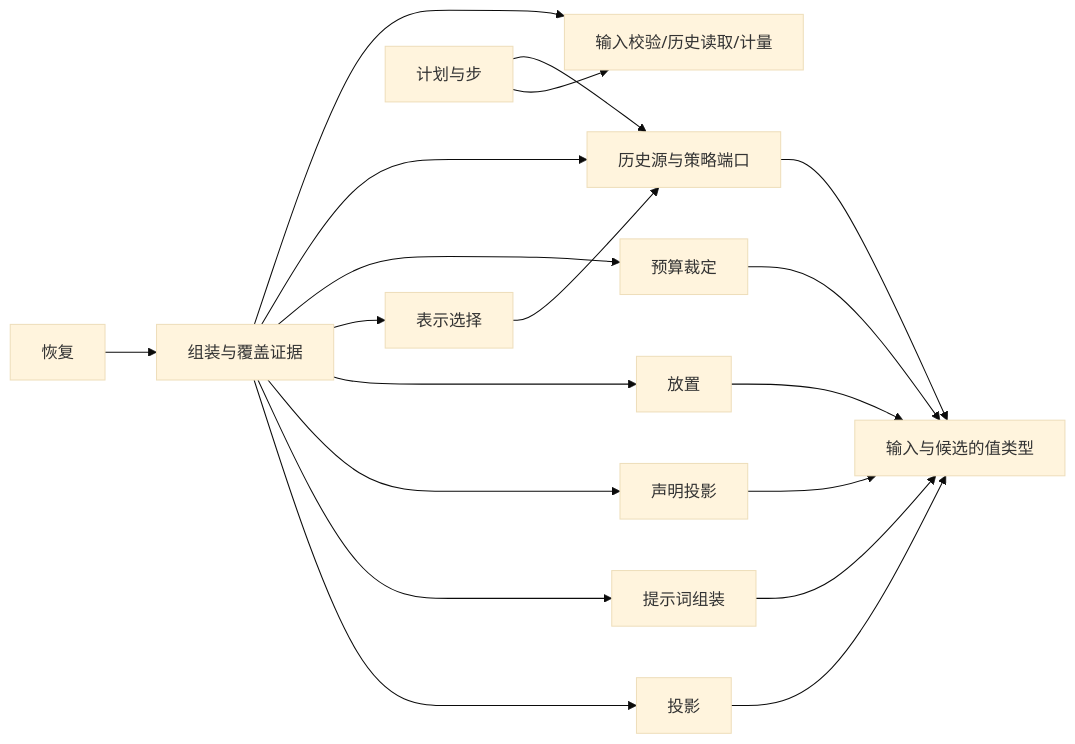
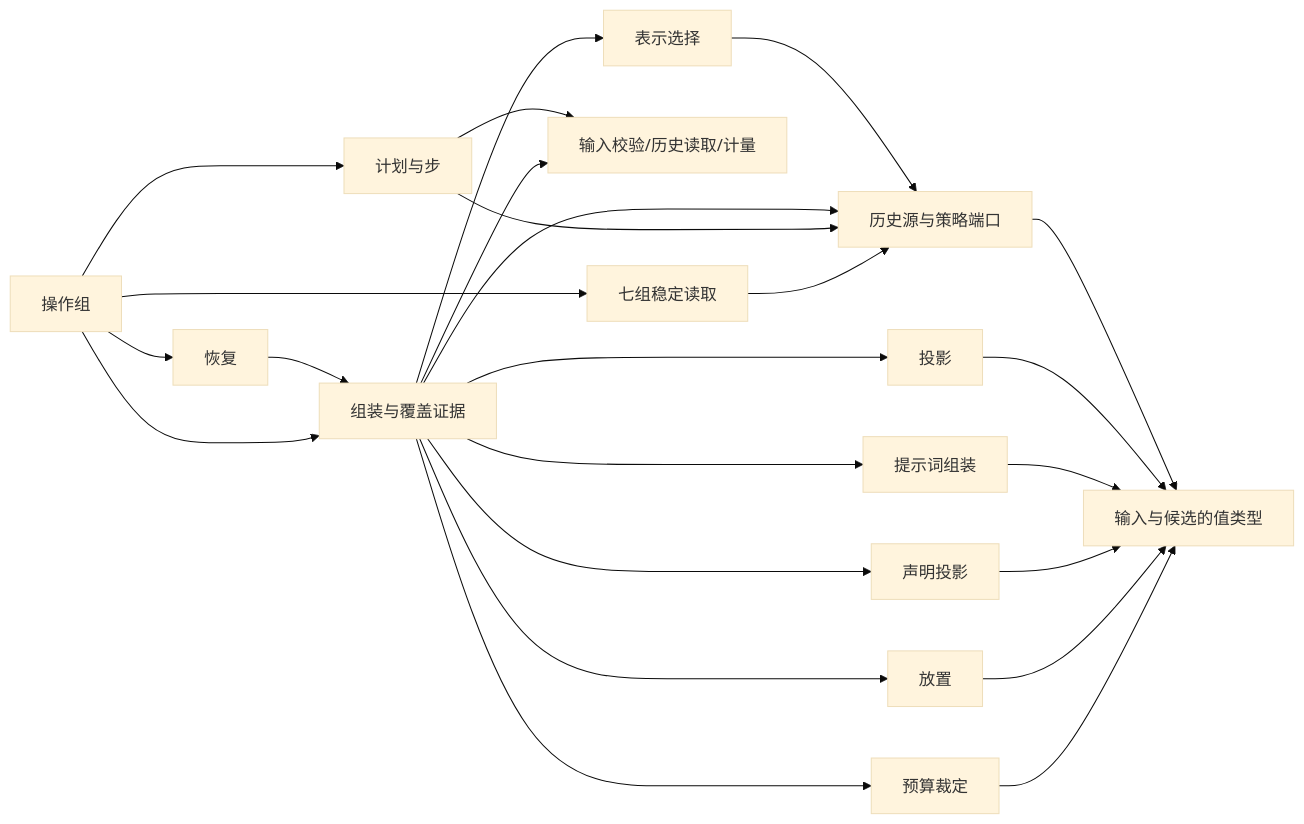
The diagram in packages/context/request-context-contract/docs/architecture.md (nemori-ai/omne-harness-lite), drawn with Mermaid (base theme) before and after one commit. The commit also changed other lines of this file and 114 other files, not shown here.

````diff
--- a/packages/context/request-context-contract/docs/architecture.md
+++ b/packages/context/request-context-contract/docs/architecture.md
@@ -26,22 +28,27 @@
 ```mermaid
 flowchart LR
   Val[输入与候选的值类型]
   Port[历史源与策略端口] --> Val
   Proj[投影] --> Val
   Prompt[提示词组装] --> Val
   Decl[声明投影] --> Val
   Place[放置] --> Val
   Rep[表示选择] --> Port
   Budget[预算裁定] --> Val
   Asm[组装与覆盖证据] --> Proj
   Asm --> Prompt
   Asm --> Decl
   Asm --> Place
   Asm --> Rep
   Asm --> Budget
   Asm --> Port
   Plan[计划与步] --> Shared[输入校验/历史读取/计量]
   Asm --> Shared
   Plan --> Port
   Resume[恢复] --> Asm
+  Ops[操作组] --> Read[七组稳定读取]
+  Ops --> Asm
+  Ops --> Plan
+  Ops --> Resume
+  Read --> Port
 ```
````
